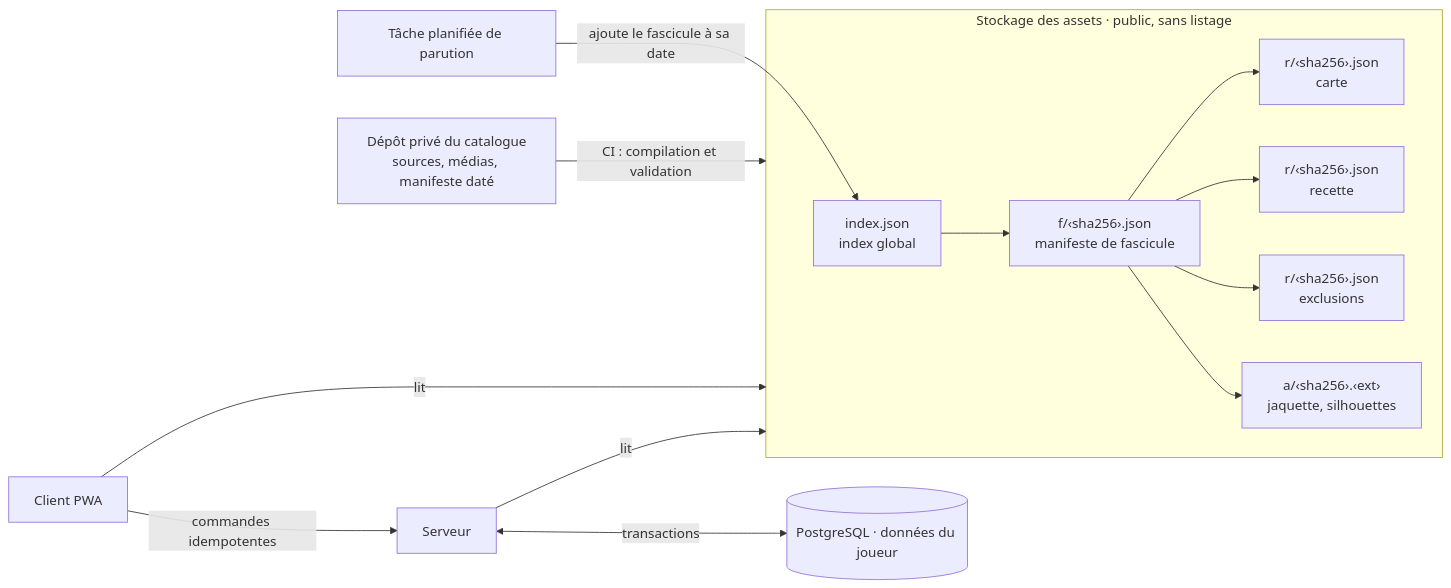
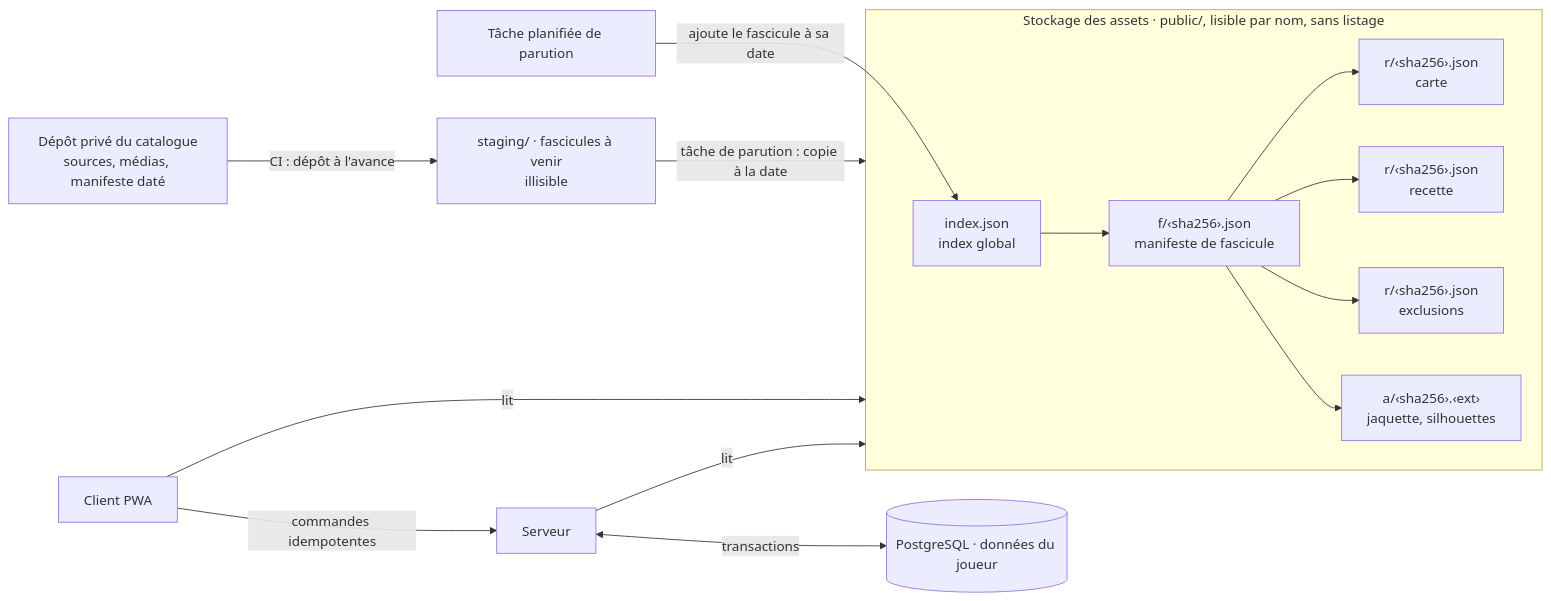
One commit to EtymoLogique/Design changed the seventh of 8 diagrams in docs/modele-donnees.md. Above: the diagram before and after it, drawn with Mermaid. The commit also changed other lines of this file and 8 other files, not shown here.

````diff
--- a/docs/modele-donnees.md
+++ b/docs/modele-donnees.md
@@ -375,16 +375,18 @@
 ```mermaid
 flowchart LR
-    DEPOT["Dépôt privé du catalogue<br/>sources, médias, manifeste daté"] -->|CI : compilation et validation| ASSETS
-    subgraph ASSETS["Stockage des assets · public, sans listage"]
+    DEPOT["Dépôt privé du catalogue<br/>sources, médias, manifeste daté"]
+    subgraph ASSETS["Stockage des assets · public/, lisible par nom, sans listage"]
         INDEX["index.json<br/>index global"] --> MF["f/‹sha256›.json<br/>manifeste de fascicule"]
         MF --> CARTE["r/‹sha256›.json<br/>carte"]
         MF --> RECETTE["r/‹sha256›.json<br/>recette"]
         MF --> EXCL["r/‹sha256›.json<br/>exclusions"]
         MF --> ASSET["a/‹sha256›.‹ext›<br/>jaquette, silhouettes"]
     end
+    DEPOT -->|CI : dépôt à l'avance| STAGING["staging/ · fascicules à venir<br/>illisible"]
+    STAGING -->|tâche de parution : copie à la date| ASSETS
     BATCH["Tâche planifiée de parution"] -->|ajoute le fascicule à sa date| INDEX
     CLIENT["Client PWA"] -->|lit| ASSETS
     SERVEUR["Serveur"] -->|lit| ASSETS
     CLIENT -->|commandes idempotentes| SERVEUR
     SERVEUR <-->|transactions| JOUEUR[("PostgreSQL · données du joueur")]
 ```
````
